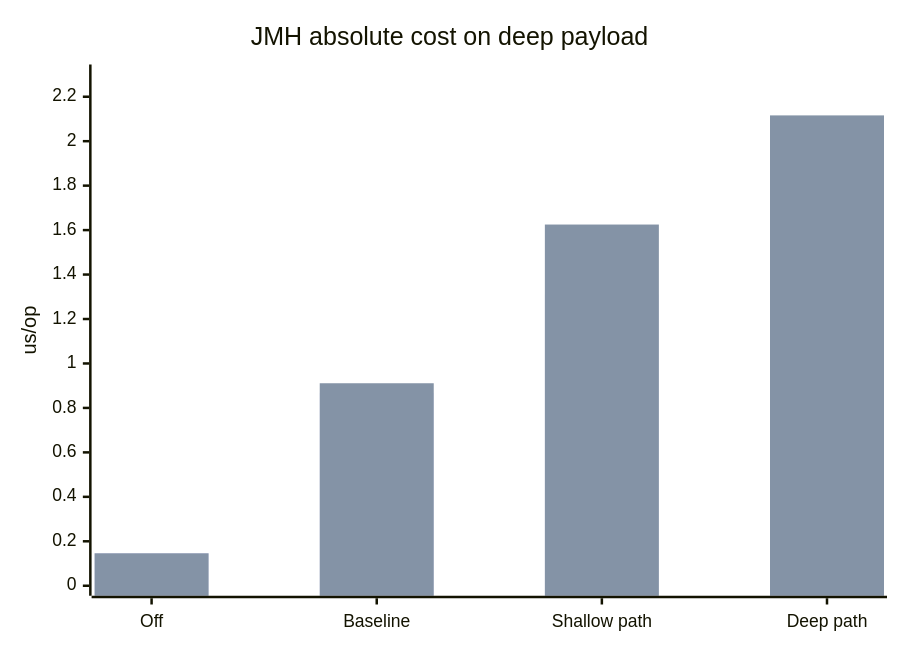
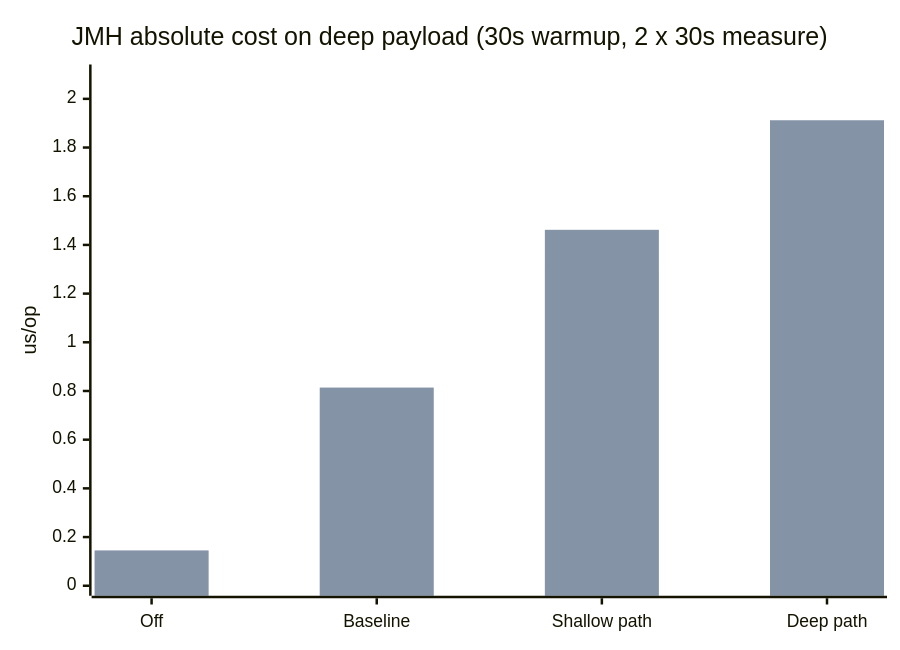
Before and after one commit to hectorad/bean-validation: the first of 3 diagrams in complete/docs/extensions-validator-benchmark-report.md, drawn with Mermaid. The commit also changed other lines of this file and 4 other files, not shown here.

````diff
--- a/complete/docs/extensions-validator-benchmark-report.md
+++ b/complete/docs/extensions-validator-benchmark-report.md
@@ -33,8 +39,8 @@
 ```mermaid
 xychart-beta
-    title "JMH absolute cost on deep payload"
+    title "JMH absolute cost on deep payload (30s warmup, 2 x 30s measure)"
     x-axis ["Off","Baseline","Shallow path","Deep path"]
-    y-axis "us/op" 0 --> 2.3
-    bar "Map" [0.147, 0.867, 1.311, 1.810]
-    bar "Raw JSON" [0.146, 0.911, 1.625, 2.116]
+    y-axis "us/op" 0 --> 2.1
+    bar "Map" [0.145, 0.769, 1.305, 1.910]
+    bar "Raw JSON" [0.145, 0.814, 1.462, 1.912]
 ```
````
